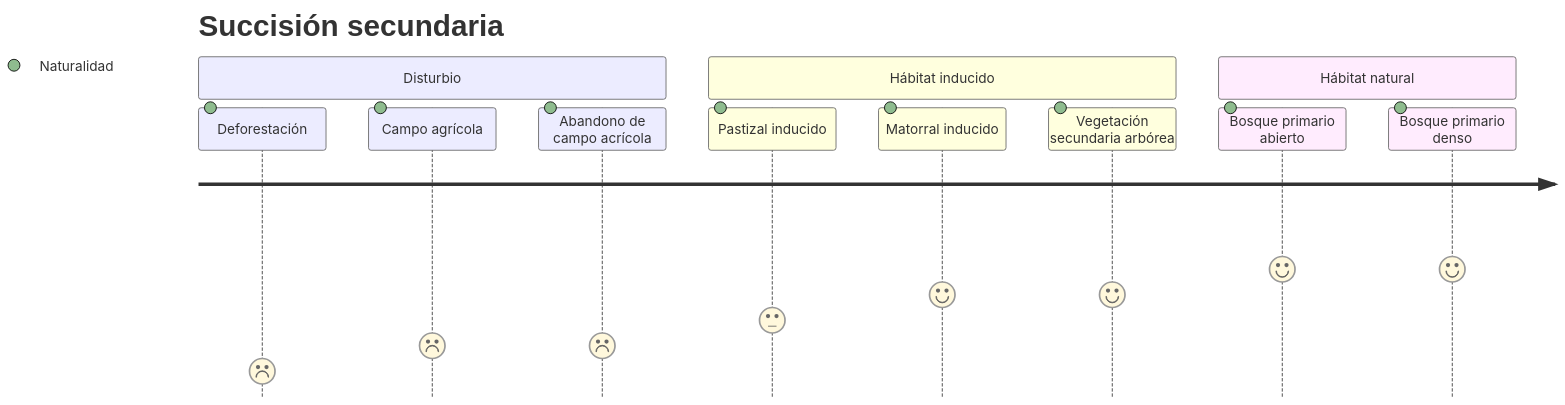
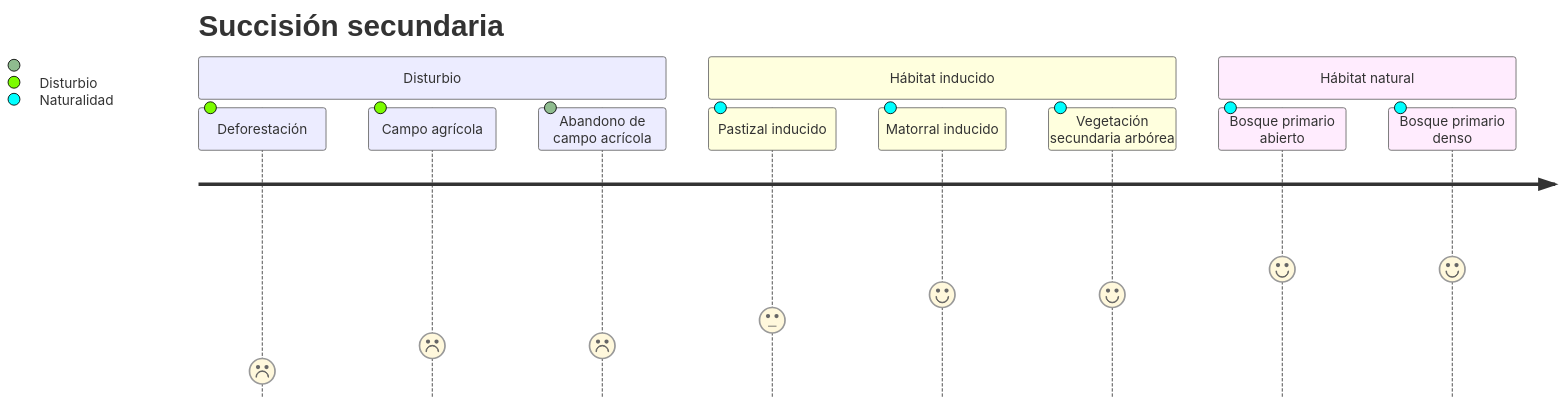
One commit to vshalisko/mixed_GIS_related_scripts changed the diagram in LULC/Tapalpa_succesion.mermaid. Above: the diagram before and after it, drawn with Mermaid.

```diff
--- a/LULC/Tapalpa_succesion.mermaid
+++ b/LULC/Tapalpa_succesion.mermaid
@@ -1,13 +1,13 @@
 journey
     title Succisión secundaria
     section Disturbio
-      Deforestación: 1: Naturalidad
-      Campo agrícola: 2: Naturalidad
-      Abandono de campo acrícola: 2: Naturalidad
+      Deforestación: 1: Disturbio
+      Campo agrícola: 2: Disturbio
+      Abandono de campo acrícola: 2: 
     section Hábitat inducido
       Pastizal inducido: 3: Naturalidad
       Matorral inducido: 4: Naturalidad
       Vegetación secundaria arbórea: 4: Naturalidad
     section Hábitat natural
       Bosque primario abierto: 5: Naturalidad
       Bosque primario denso: 5: Naturalidad
```
